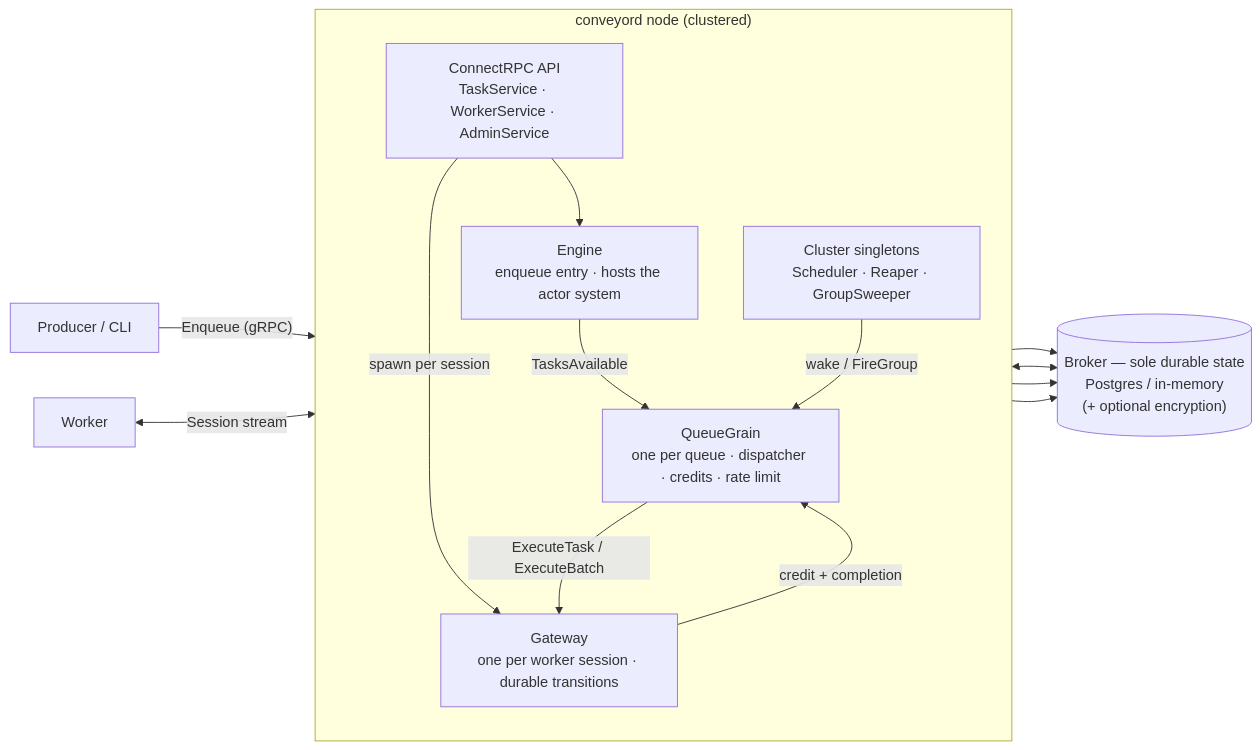
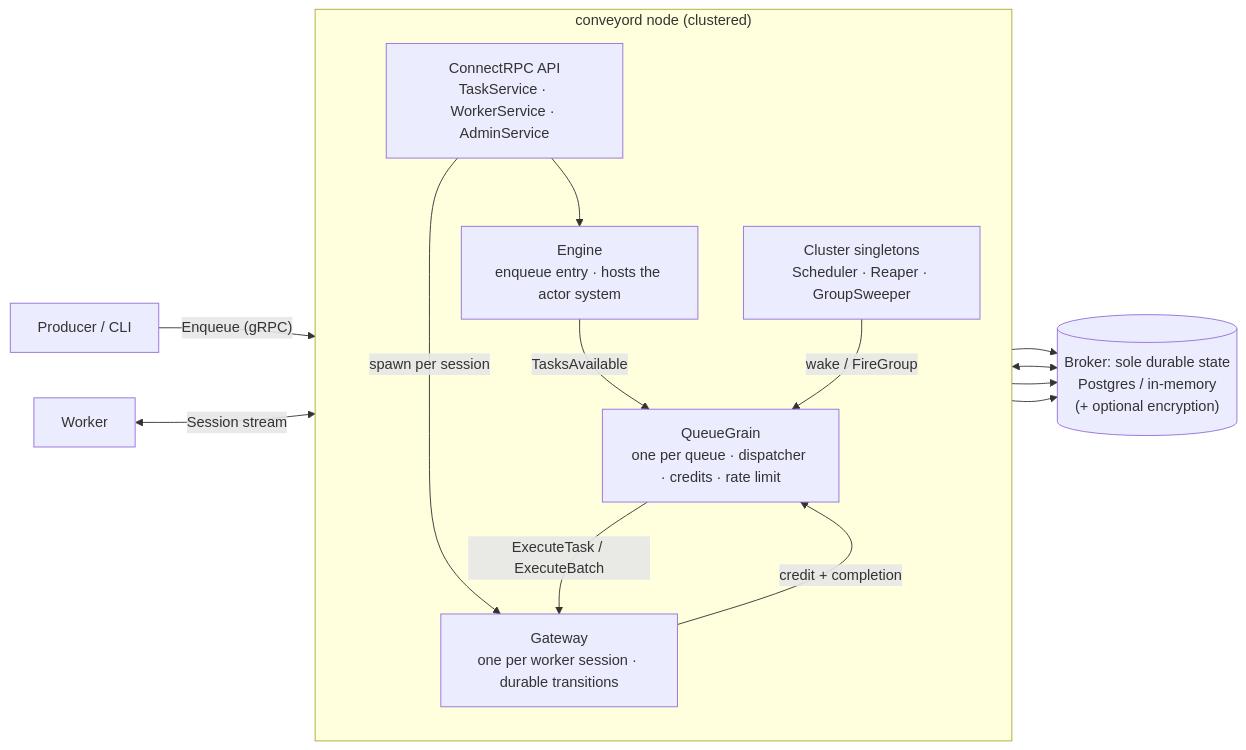
One commit to conveyorq/conveyor changed the first of 3 diagrams in docs/architecture.md. Above: the diagram before and after it, drawn with Mermaid. The commit also changed other lines of this file and 50 other files, not shown here.

````diff
--- a/docs/architecture.md
+++ b/docs/architecture.md
@@ -29,29 +29,29 @@
 ```mermaid
 flowchart LR
     PROD["Producer / CLI"]
     WORK["Worker"]
 
     subgraph node["conveyord node (clustered)"]
       direction TB
       API["ConnectRPC API<br/>TaskService · WorkerService · AdminService"]
       ENG["Engine<br/>enqueue entry · hosts the actor system"]
       QG["QueueGrain<br/>one per queue · dispatcher · credits · rate limit"]
       GW["Gateway<br/>one per worker session · durable transitions"]
       SING["Cluster singletons<br/>Scheduler · Reaper · GroupSweeper"]
     end
 
-    BROKER[("Broker — sole durable state<br/>Postgres / in-memory<br/>(+ optional encryption)")]
+    BROKER[("Broker: sole durable state<br/>Postgres / in-memory<br/>(+ optional encryption)")]
 
     PROD -->|"Enqueue (gRPC)"| API
     WORK <-->|"Session stream"| API
     API --> ENG
     ENG -->|"TasksAvailable"| QG
     API -->|"spawn per session"| GW
     QG -->|"ExecuteTask / ExecuteBatch"| GW
     GW -->|"credit + completion"| QG
     SING -->|"wake / FireGroup"| QG
     ENG --> BROKER
     QG <--> BROKER
     GW --> BROKER
     SING --> BROKER
 ```
````
